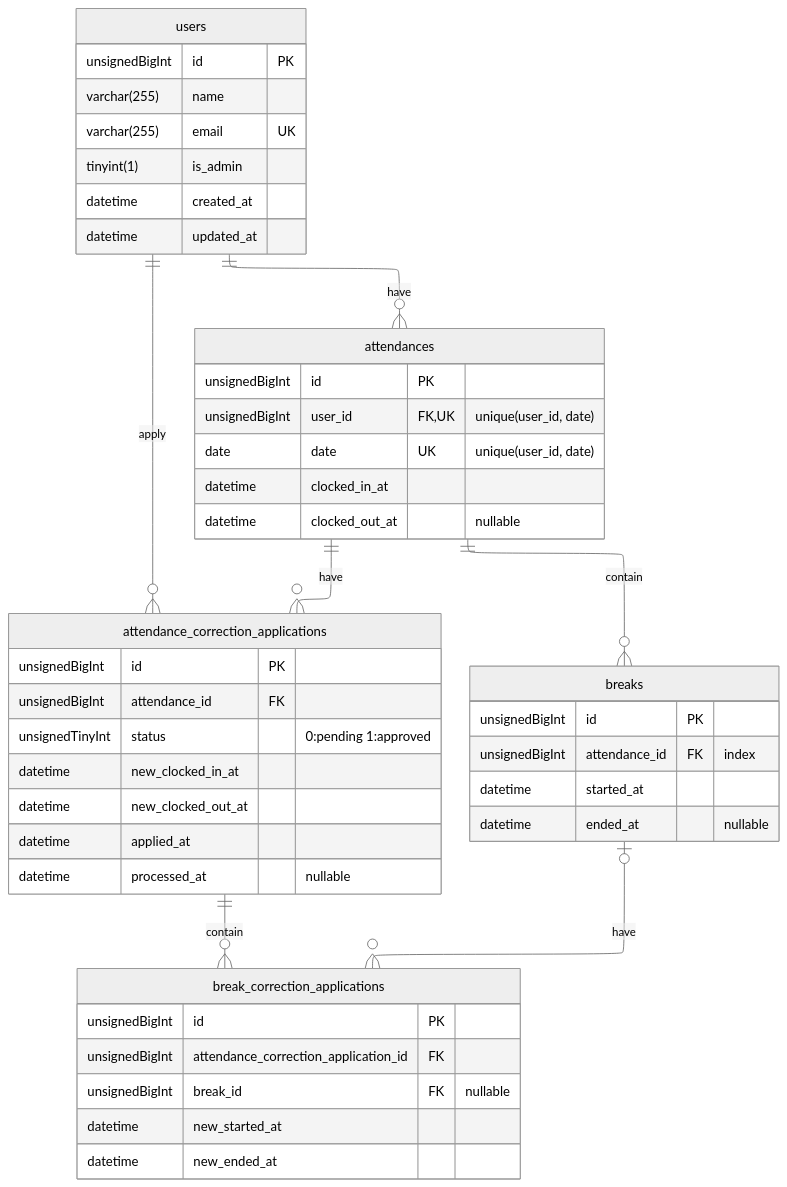
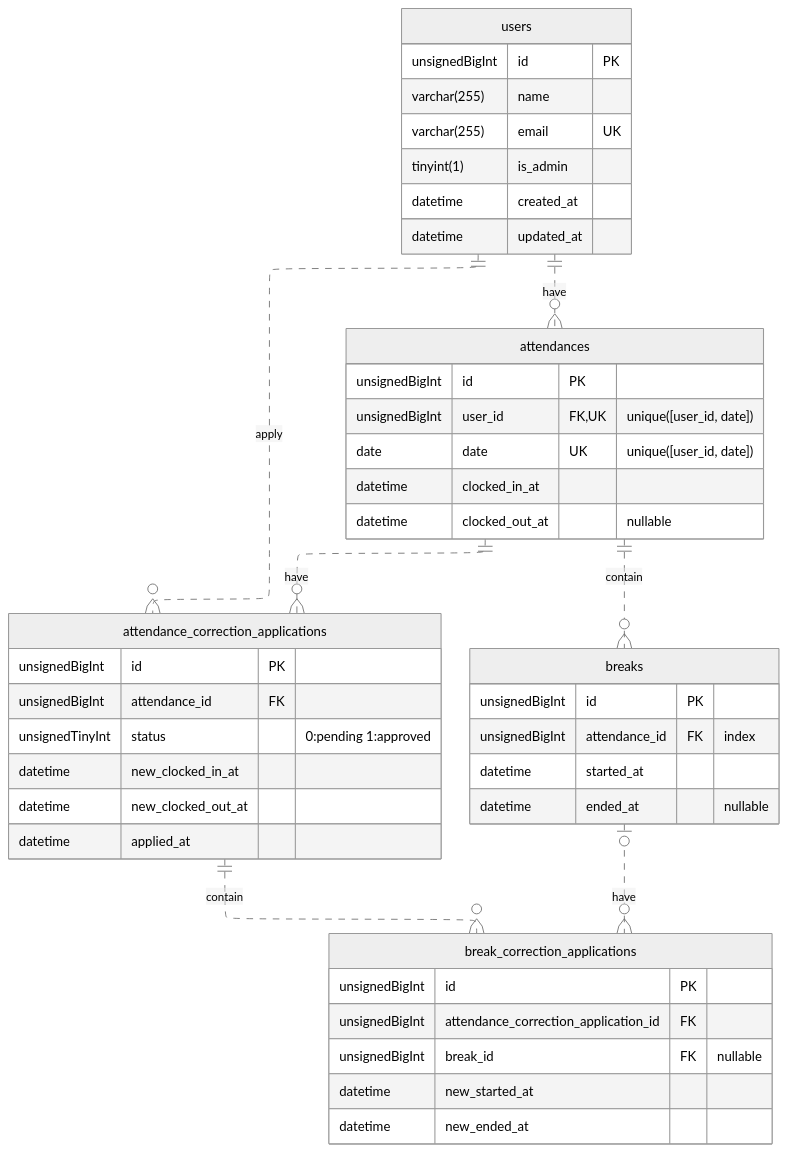
One commit to sangwon-lee302/time-and-attendance changed the diagram in README.md. Above: the diagram before and after it, drawn with Mermaid (neutral theme).

Commit message:
docs: improve ER diagram in readme #2
- Remove unnecessary column "processed_at" in attendance_correction_applications table.

closes #2

````diff
--- a/README.md
+++ b/README.md
@@ -18,55 +18,54 @@
 ```mermaid
 ---
 config:
     layout: elk
 ---
 erDiagram
-    users ||--o{ attendances: "have"
-    users ||--o{ attnd-corrections: "apply"
-    attendances ||--o{ breaks: "contain"
-    attendances ||--o{ attnd-corrections: "have"
-    attnd-corrections ||--o{ break-corrections: "contain"
-    breaks |o--o{ break-corrections: "have"
+    users ||..o{ attendances: "have"
+    users ||..o{ attnd-corrections: "apply"
+    attendances ||..o{ breaks: "contain"
+    attendances ||..o{ attnd-corrections: "have"
+    attnd-corrections ||..o{ break-corrections: "contain"
+    breaks |o..o{ break-corrections: "have"
 
     users {
         unsignedBigInt id PK
         varchar(255) name
         varchar(255) email UK
         tinyint(1) is_admin
         datetime created_at
         datetime updated_at
     }
 
     attendances {
         unsignedBigInt id PK
-        unsignedBigInt user_id FK, UK "unique(user_id, date)"
-        date date UK "unique(user_id, date)"
+        unsignedBigInt user_id FK, UK "unique([user_id, date])"
+        date date UK "unique([user_id, date])"
         datetime clocked_in_at
         datetime clocked_out_at "nullable"
     }
 
     breaks {
         unsignedBigInt id PK
         unsignedBigInt attendance_id FK "index"
         datetime started_at
         datetime ended_at "nullable"
     }
 
     attnd-corrections["attendance_correction_applications"] {
         unsignedBigInt id PK
         unsignedBigInt attendance_id FK
         unsignedTinyInt status "0:pending 1:approved"
         datetime new_clocked_in_at
         datetime new_clocked_out_at
         datetime applied_at
-        datetime processed_at "nullable"
     }
 
     break-corrections["break_correction_applications"] {
         unsignedBigInt id PK
         unsignedBigInt attendance_correction_application_id FK
         unsignedBigInt break_id FK "nullable"
         datetime new_started_at
         datetime new_ended_at
     }
 ```
````
